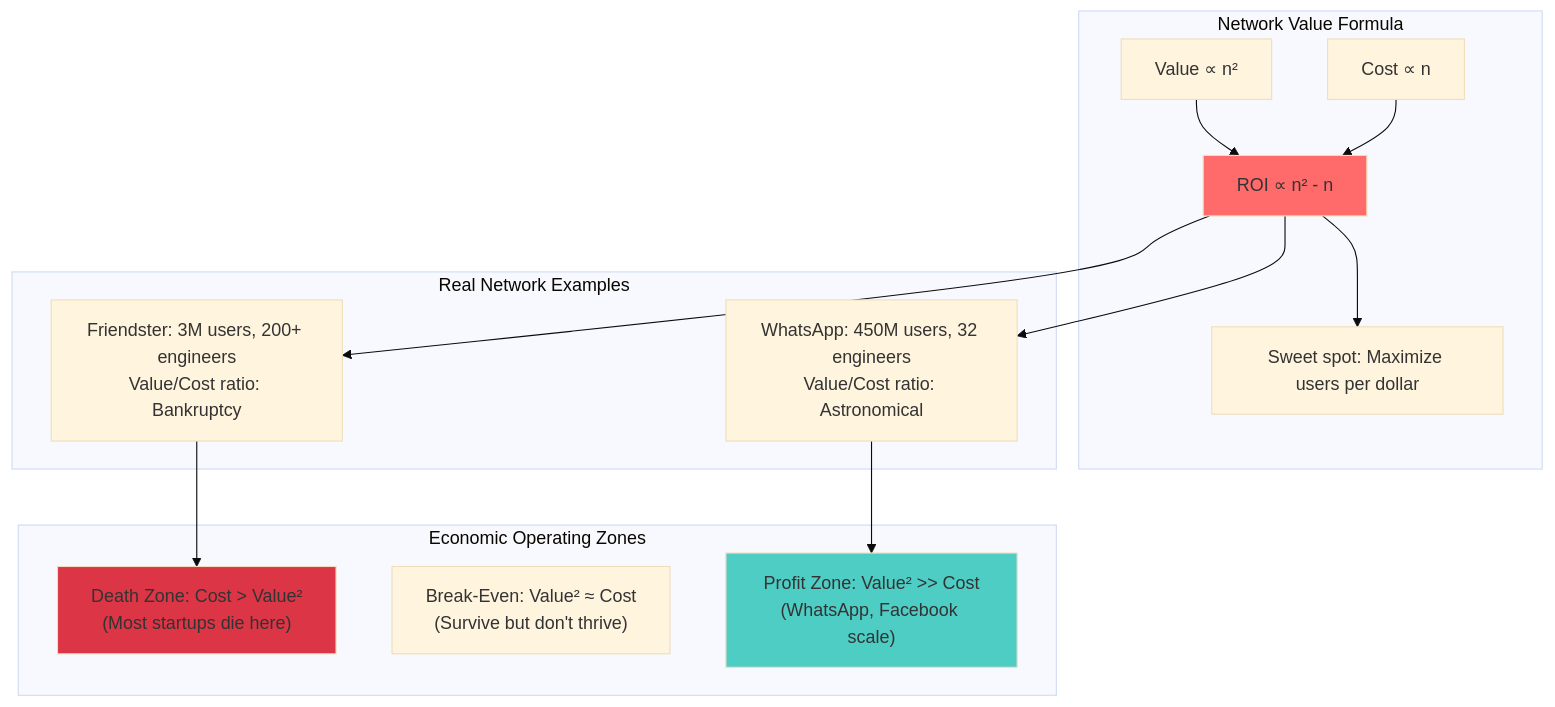
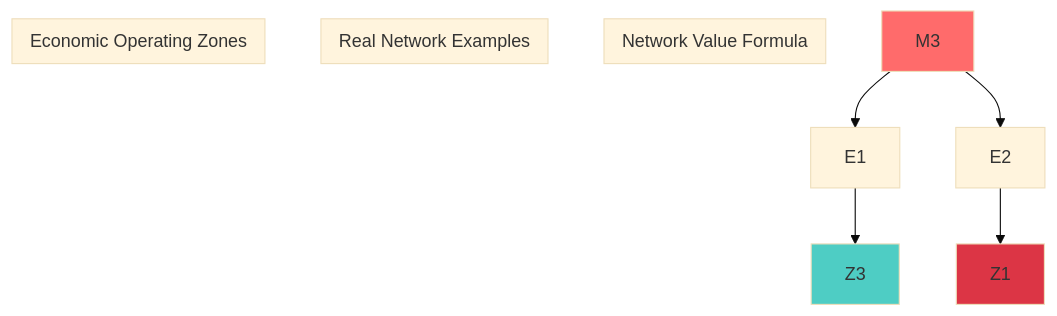
Before and after one commit to deepaucksharma/DStudio: diagram 11 of 11 in docs/core-principles/laws/economic-reality.md, drawn with Mermaid (base theme). The commit also changed other lines of this file and 9 other files, not shown here.

First line of the commit message:
feat: enhance 7 fundamental laws with Apex Learner's Protocol and fix Mermaid diagrams

````diff
--- a/docs/core-principles/laws/economic-reality.md
+++ b/docs/core-principles/laws/economic-reality.md
@@ -2335,29 +968,15 @@
 ```mermaid
 graph TB
-    subgraph "Network Value Formula"
-        M1["Value ∝ n²"]
-        M2["Cost ∝ n"]
-        M3["ROI ∝ n² - n"]
-        M4["Sweet spot: Maximize users per dollar"]
-        M1 & M2 --> M3 --> M4
-    end
-    
-    subgraph "Real Network Examples"
-        E1["WhatsApp: 450M users, 32 engineers<br/>Value/Cost ratio: Astronomical"]
-        E2["Friendster: 3M users, 200+ engineers<br/>Value/Cost ratio: Bankruptcy"]
-    end
-    
-    subgraph "Economic Operating Zones"
-        Z1["Death Zone: Cost > Value²<br/>(Most startups die here)"]
-        Z2["Break-Even: Value² ≈ Cost<br/>(Survive but don't thrive)"]
-        Z3["Profit Zone: Value² >> Cost<br/>(WhatsApp, Facebook scale)"]
-    end
-    
-    M3 --> E1 & E2
-    E1 --> Z3
-    E2 --> Z1
-    
-    style M3 fill:#ff6b6b
-    style Z3 fill:#4ecdc4
-    style Z1 fill:#dc3545
+ subgraph "Network Value Formula"
+ end
+ subgraph "Real Network Examples"
+ end
+ subgraph "Economic Operating Zones"
+ end
+ M3 --> E1 & E2
+ E1 --> Z3
+ E2 --> Z1
+ style M3 fill:#ff6b6b
+ style Z3 fill:#4ecdc4
+ style Z1 fill:#dc3545
 ```
````
